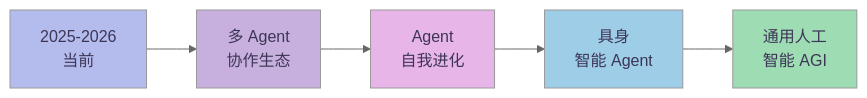
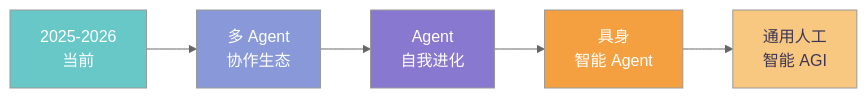
Before and after one commit to caoping0623/caoping0623.github.io: diagram 12 of 12 in _posts/2026-04-15-ai-agent.md, drawn with Mermaid (neutral theme). The commit also changed other lines of this file and 1 other file, not shown here.

First line of the commit message:
Update flowchart color scheme to match reference: teal/orange nodes, lavender arrows, pink subgraph containers

```diff
--- a/_posts/2026-04-15-ai-agent.md
+++ b/_posts/2026-04-15-ai-agent.md
@@ -813,13 +832,13 @@
 <div class="mermaid">
 graph LR
     NOW[2025-2026<br/>当前] --> N1[多 Agent<br/>协作生态]
     N1 --> N2[Agent<br/>自我进化]
     N2 --> N3[具身<br/>智能 Agent]
     N3 --> N4[通用人工<br/>智能 AGI]
 
-    style NOW fill:#b4bcee,color:#3d3556
-    style N1 fill:#c8b0de,color:#3d3556
-    style N2 fill:#e8b5e8,color:#3d3556
-    style N3 fill:#9ecde8,color:#3d3556
-    style N4 fill:#9edcb4,color:#3d3556
+    style NOW fill:#68c8c8,color:#ffffff
+    style N1 fill:#8898d8,color:#ffffff
+    style N2 fill:#8878d0,color:#ffffff
+    style N3 fill:#f5a040,color:#ffffff
+    style N4 fill:#f8c880,color:#3d3556
 </div>
```
